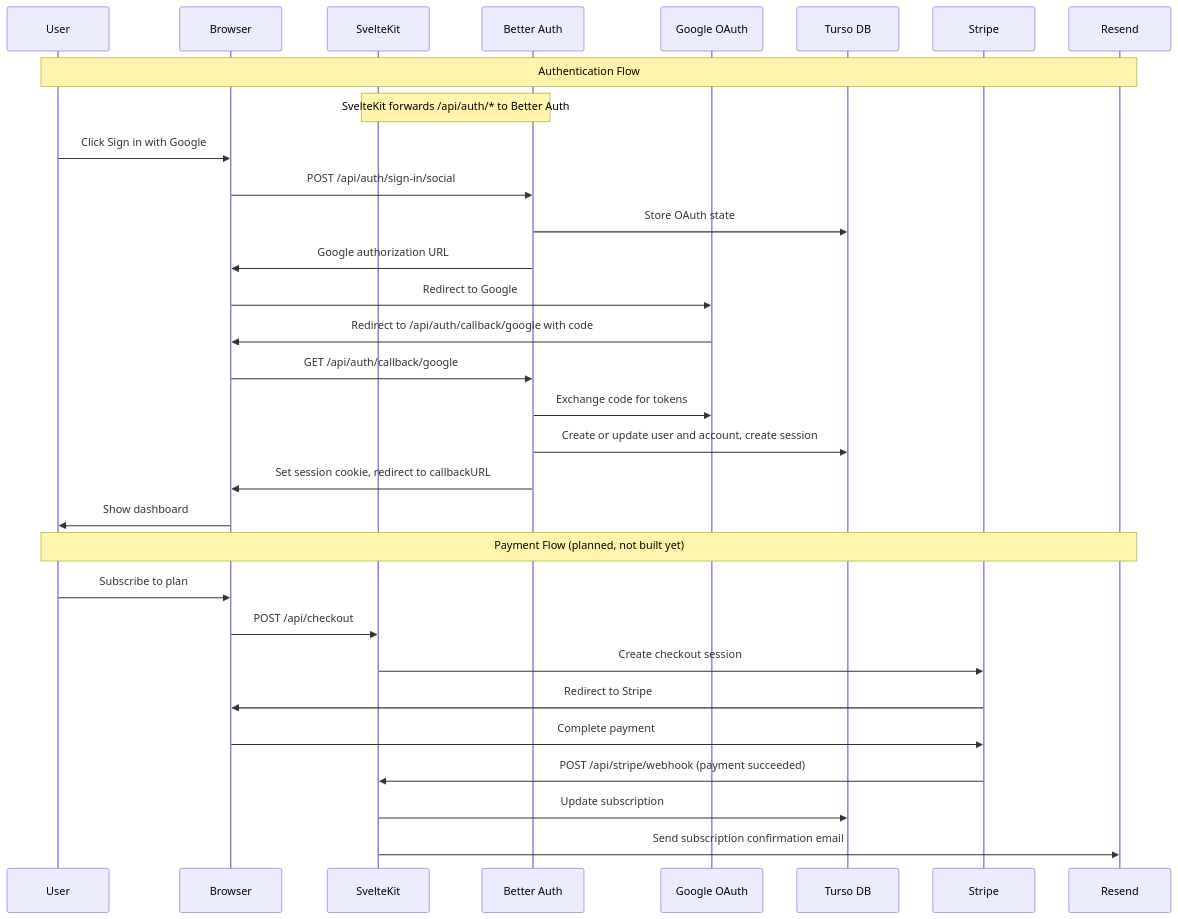
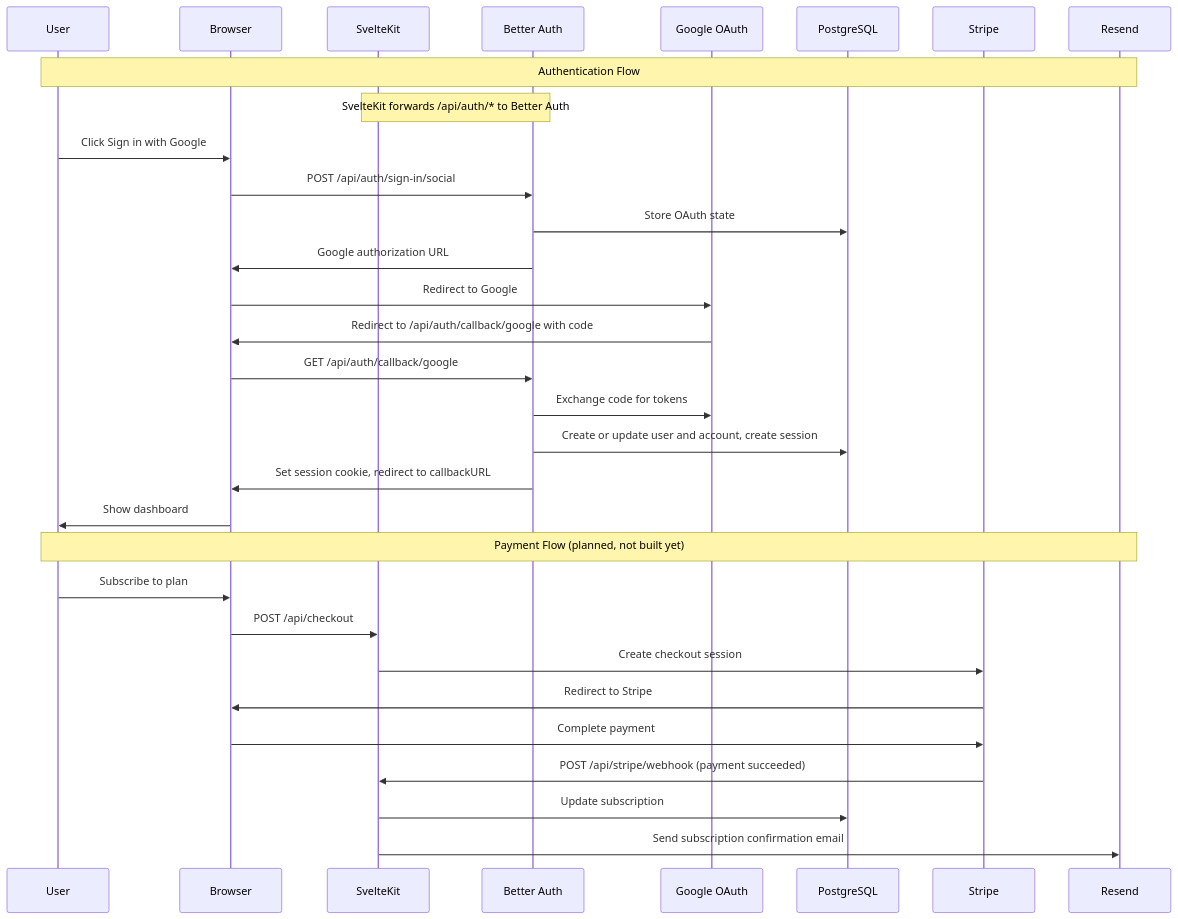
The second of 3 diagrams in plans/jabstack-architecture.md (jabarihunt/jabstack), drawn with Mermaid before and after one commit. The commit also changed other lines of this file and 34 other files, not shown here.

````diff
--- a/plans/jabstack-architecture.md
+++ b/plans/jabstack-architecture.md
@@ -143,35 +143,35 @@
 ```mermaid
 sequenceDiagram
     participant U as User
     participant B as Browser
     participant S as SvelteKit
     participant A as Better Auth
     participant G as Google OAuth
-    participant D as Turso DB
+    participant D as PostgreSQL
     participant St as Stripe
     participant E as Resend
 
     Note over U,E: Authentication Flow
     Note over S,A: SvelteKit forwards /api/auth/* to Better Auth
     U->>B: Click Sign in with Google
     B->>A: POST /api/auth/sign-in/social
     A->>D: Store OAuth state
     A->>B: Google authorization URL
     B->>G: Redirect to Google
     G->>B: Redirect to /api/auth/callback/google with code
     B->>A: GET /api/auth/callback/google
     A->>G: Exchange code for tokens
     A->>D: Create or update user and account, create session
     A->>B: Set session cookie, redirect to callbackURL
     B->>U: Show dashboard
 
     Note over U,E: Payment Flow (planned, not built yet)
     U->>B: Subscribe to plan
     B->>S: POST /api/checkout
     S->>St: Create checkout session
     St->>B: Redirect to Stripe
     B->>St: Complete payment
     St->>S: POST /api/stripe/webhook (payment succeeded)
     S->>D: Update subscription
     S->>E: Send subscription confirmation email
 ```
````
